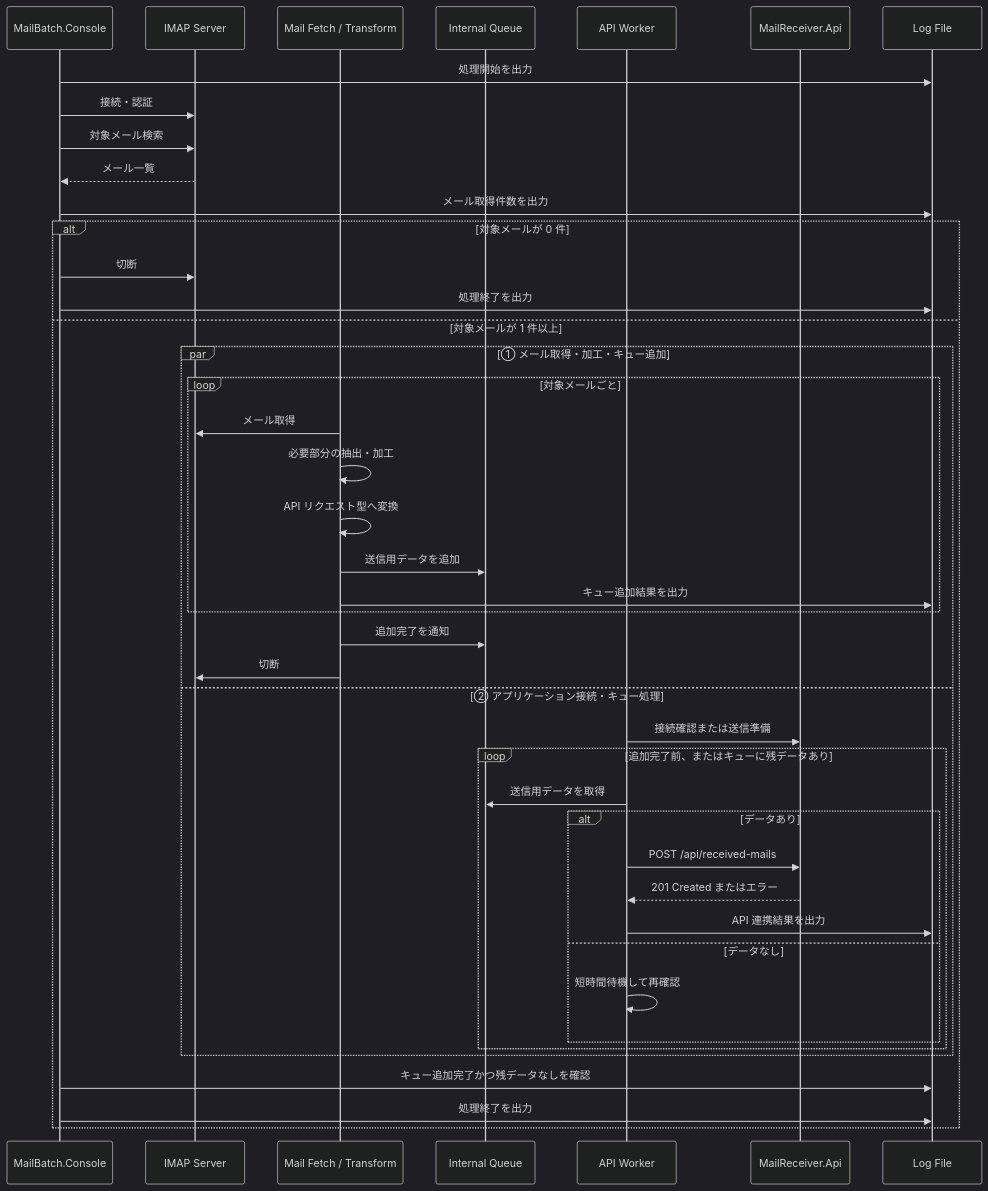
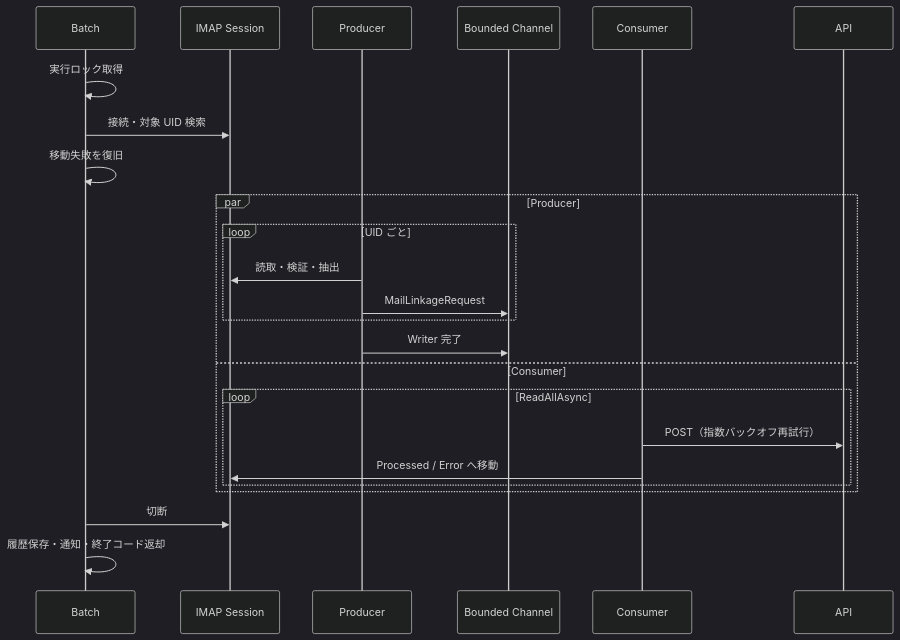
One commit to takaotokuno/MailLinkage changed the diagram in docs/03-application-design.md. Above: the diagram before and after it, drawn with Mermaid (dark theme). The commit also changed other lines of this file and 4 other files, not shown here.

````diff
--- a/docs/03-application-design.md
+++ b/docs/03-application-design.md
@@ -18,46 +15,27 @@
 ```mermaid
 sequenceDiagram
-    participant Batch as MailBatch.Console
-    participant IMAP as IMAP Server
-    participant Producer as Mail Fetch / Transform
-    participant Queue as Internal Queue
-    participant Consumer as API Worker
-    participant API as MailReceiver.Api
-    participant Log as Log File
+    participant Batch
+    participant Session as IMAP Session
+    participant Producer
+    participant Queue as Bounded Channel
+    participant Consumer
+    participant API
 
-    Batch->>Log: 処理開始を出力
-    Batch->>IMAP: 接続・認証
-    Batch->>IMAP: 対象メール検索
-    IMAP-->>Batch: メール一覧
-    Batch->>Log: メール取得件数を出力
-    alt 対象メールが 0 件
-        Batch->>IMAP: 切断
-        Batch->>Log: 処理終了を出力
-    else 対象メールが 1 件以上
-        par ① メール取得・加工・キュー追加
-            loop 対象メールごと
-                Producer->>IMAP: メール取得
-                Producer->>Producer: 必要部分の抽出・加工
-                Producer->>Producer: API リクエスト型へ変換
-                Producer->>Queue: 送信用データを追加
-                Producer->>Log: キュー追加結果を出力
-            end
-            Producer->>Queue: 追加完了を通知
-            Producer->>IMAP: 切断
-        and ② アプリケーション接続・キュー処理
-            Consumer->>API: 接続確認または送信準備
-            loop 追加完了前、またはキューに残データあり
-                Consumer->>Queue: 送信用データを取得
-                alt データあり
-                    Consumer->>API: POST /api/received-mails
-                    API-->>Consumer: 201 Created またはエラー
-                    Consumer->>Log: API 連携結果を出力
-                else データなし
-                    Consumer->>Consumer: 短時間待機して再確認
-                end
-            end
+    Batch->>Batch: 実行ロック取得
+    Batch->>Session: 接続・対象 UID 検索
+    Batch->>Batch: 移動失敗を復旧
+    par Producer
+        loop UID ごと
+            Producer->>Session: 読取・検証・抽出
+            Producer->>Queue: MailLinkageRequest
         end
-        Batch->>Log: キュー追加完了かつ残データなしを確認
-        Batch->>Log: 処理終了を出力
+        Producer->>Queue: Writer 完了
+    and Consumer
+        loop ReadAllAsync
+            Consumer->>API: POST（指数バックオフ再試行）
+            Consumer->>Session: Processed / Error へ移動
+        end
     end
+    Batch->>Session: 切断
+    Batch->>Batch: 履歴保存・通知・終了コード返却
 ```
````
